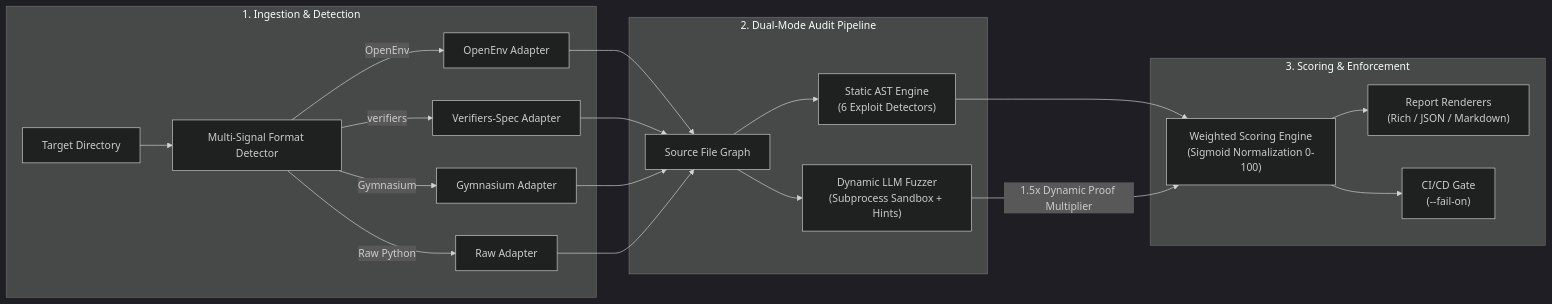
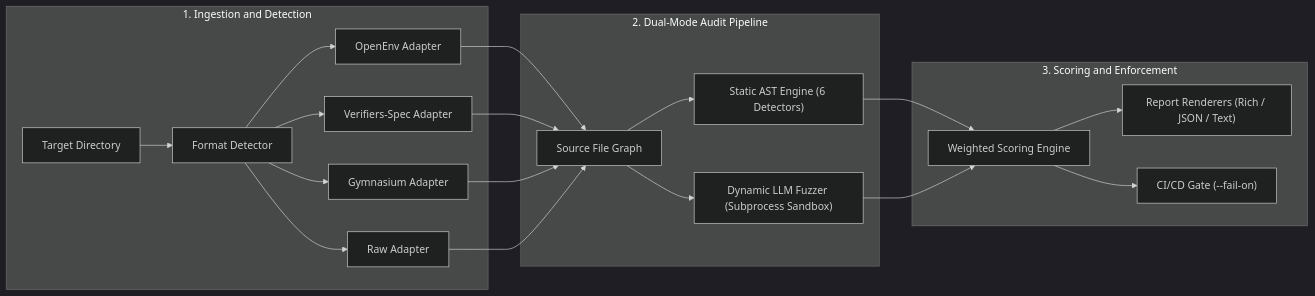
The diagram in README.md (FreakyAdy/Reward-Hackability-Auditor--CLI---Claude-Skill-), drawn with Mermaid (dark theme) before and after one commit.

Commit message:
docs: simplify and clean up ratctl architecture mermaid diagram in README

````diff
--- a/README.md
+++ b/README.md
@@ -147,23 +147,26 @@
 ```mermaid
-graph LR
-    subgraph INGESTION["1. Ingestion & Detection"]
-        A["Target Directory"] --> B["Multi-Signal Format Detector"]
-        B -->|OpenEnv| C1["OpenEnv Adapter"]
-        B -->|verifiers| C2["Verifiers-Spec Adapter"]
-        B -->|Gymnasium| C3["Gymnasium Adapter"]
-        B -->|Raw Python| C4["Raw Adapter"]
+flowchart LR
+    subgraph INGESTION["1. Ingestion and Detection"]
+        A["Target Directory"] --> B["Format Detector"]
+        B --> C1["OpenEnv Adapter"]
+        B --> C2["Verifiers-Spec Adapter"]
+        B --> C3["Gymnasium Adapter"]
+        B --> C4["Raw Adapter"]
     end
 
     subgraph AUDIT["2. Dual-Mode Audit Pipeline"]
-        C1 & C2 & C3 & C4 --> D["Source File Graph"]
-        D --> E["Static AST Engine<br/>(6 Exploit Detectors)"]
-        D --> F["Dynamic LLM Fuzzer<br/>(Subprocess Sandbox + Hints)"]
+        C1 --> D["Source File Graph"]
+        C2 --> D
+        C3 --> D
+        C4 --> D
+        D --> E["Static AST Engine (6 Detectors)"]
+        D --> F["Dynamic LLM Fuzzer (Subprocess Sandbox)"]
     end
 
-    subgraph SCORING["3. Scoring & Enforcement"]
-        E --> G["Weighted Scoring Engine<br/>(Sigmoid Normalization 0-100)"]
-        F -->|1.5x Dynamic Proof Multiplier| G
-        G --> H["Report Renderers<br/>(Rich / JSON / Markdown)"]
-        G --> I["CI/CD Gate<br/>(--fail-on)"]
+    subgraph SCORING["3. Scoring and Enforcement"]
+        E --> G["Weighted Scoring Engine"]
+        F --> G
+        G --> H["Report Renderers (Rich / JSON / Text)"]
+        G --> I["CI/CD Gate (--fail-on)"]
     end
 ```
````
